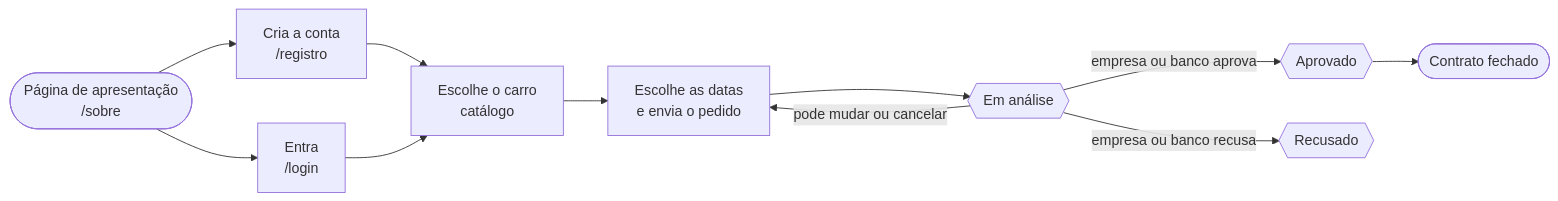
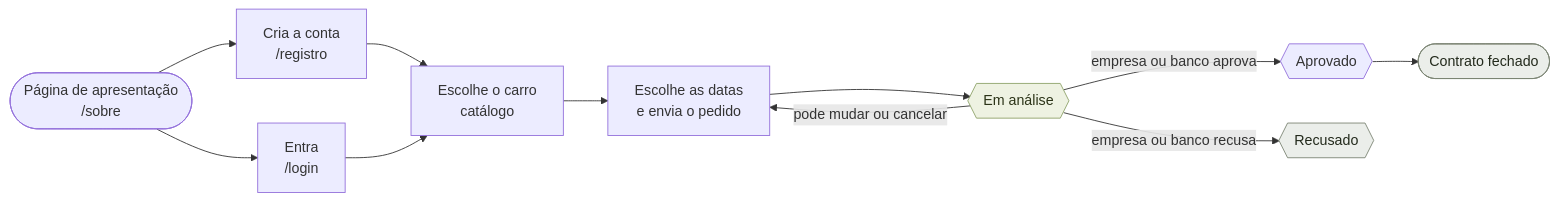
Before and after one commit to christiano-gonara/AluguelCarro: the first of 3 diagrams in README.md, drawn with Mermaid. The commit also changed other lines of this file and 2 other files, not shown here.

Commit message:
docs: cores nos fluxogramas, na cor única da marca
Verde-oliva só no estado que pede ação (Em análise) e cinza nos estados
finais (Contrato fechado, Cancelado, Recusado). O resto fica neutro, como
o README já diz da interface: uma cor de destaque, no que pede atenção.

Os stateDiagram ficaram sem cor de propósito: o suporte a classDef neles é
mais restrito e, se falhar, o diagrama some em vez de só perder a cor.

````diff
--- a/README.md
+++ b/README.md
@@ -68,13 +68,18 @@
 ```mermaid
 flowchart LR
     A([Página de apresentação<br/>/sobre]) --> B[Cria a conta<br/>/registro]
     A --> C[Entra<br/>/login]
     B --> D
     C --> D[Escolhe o carro<br/>catálogo]
     D --> E[Escolhe as datas<br/>e envia o pedido]
     E --> F{{Em análise}}
     F -- pode mudar ou cancelar --> E
     F -- empresa ou banco aprova --> G{{Aprovado}}
     F -- empresa ou banco recusa --> H{{Recusado}}
     G --> I([Contrato fechado])
+
+    classDef acao fill:#eef2e2,stroke:#8fa36a,color:#2c3418
+    classDef fim fill:#ebeeea,stroke:#7b8574,color:#232a1c
+    class F acao
+    class H,I fim
 ```
````
